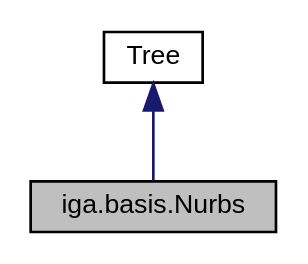
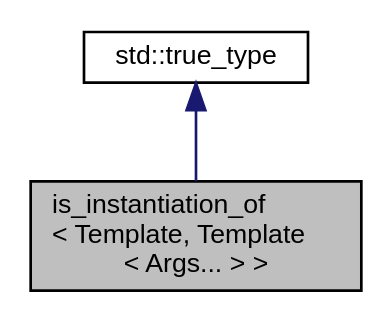
The diagram in d0/deb/a01508.dot (rath3t/dune-iga-doc), drawn with Graphviz before and after one commit. The commit also changed 405 other files, not shown here.

```diff
--- a/d0/deb/a01508.dot
+++ b/d0/deb/a01508.dot
@@ -1,9 +1,9 @@
-digraph "iga.basis.Nurbs"
+digraph "is_instantiation_of&lt; Template, Template&lt; Args... &gt; &gt;"
 {
  // LATEX_PDF_SIZE
   edge [fontname="Helvetica",fontsize="10",labelfontname="Helvetica",labelfontsize="10"];
   node [fontname="Helvetica",fontsize="10",shape=record];
-  Node1 [label="iga.basis.Nurbs",height=0.2,width=0.4,color="black", fillcolor="grey75", style="filled", fontcolor="black",tooltip=" "];
+  Node1 [label="is_instantiation_of\l\< Template, Template\l\< Args... \> \>",height=0.2,width=0.4,color="black", fillcolor="grey75", style="filled", fontcolor="black",tooltip=" "];
   Node2 -> Node1 [dir="back",color="midnightblue",fontsize="10",style="solid",fontname="Helvetica"];
-  Node2 [label="Tree",height=0.2,width=0.4,color="black", fillcolor="white", style="filled",tooltip=" "];
+  Node2 [label="std::true_type",height=0.2,width=0.4,color="black", fillcolor="white", style="filled",tooltip=" "];
 }
```
